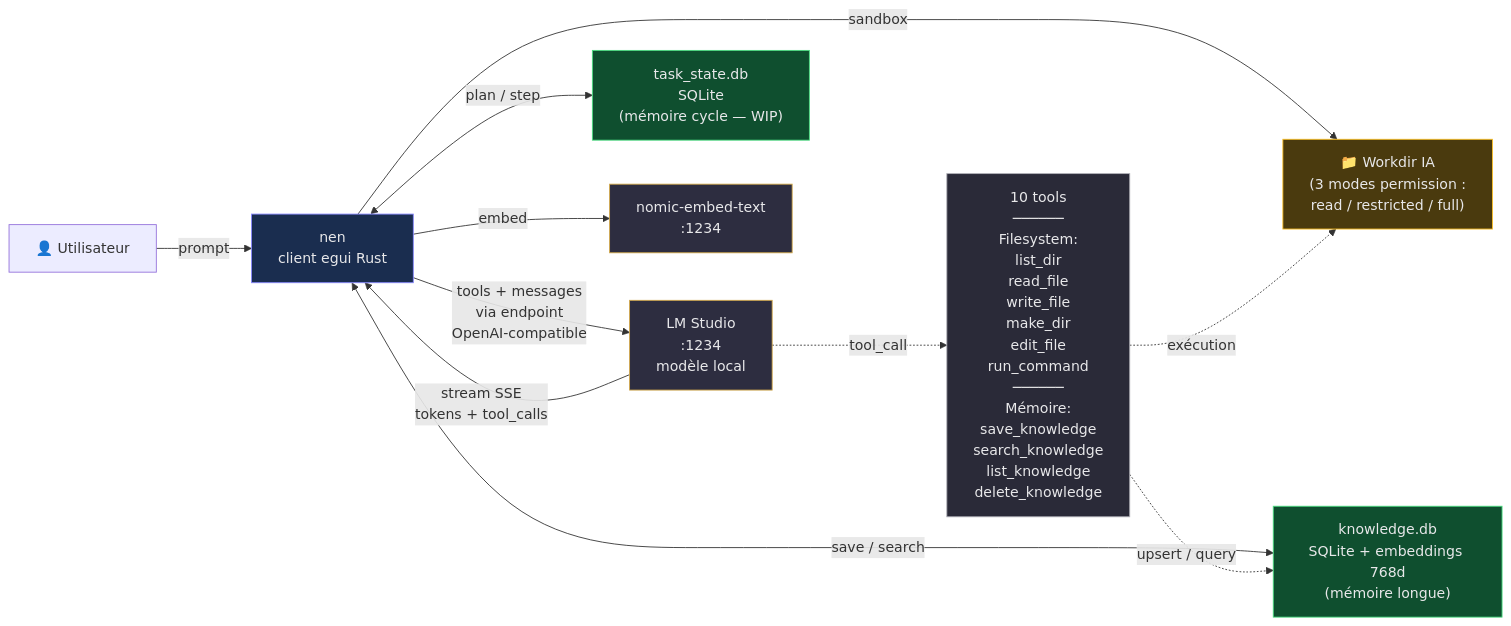
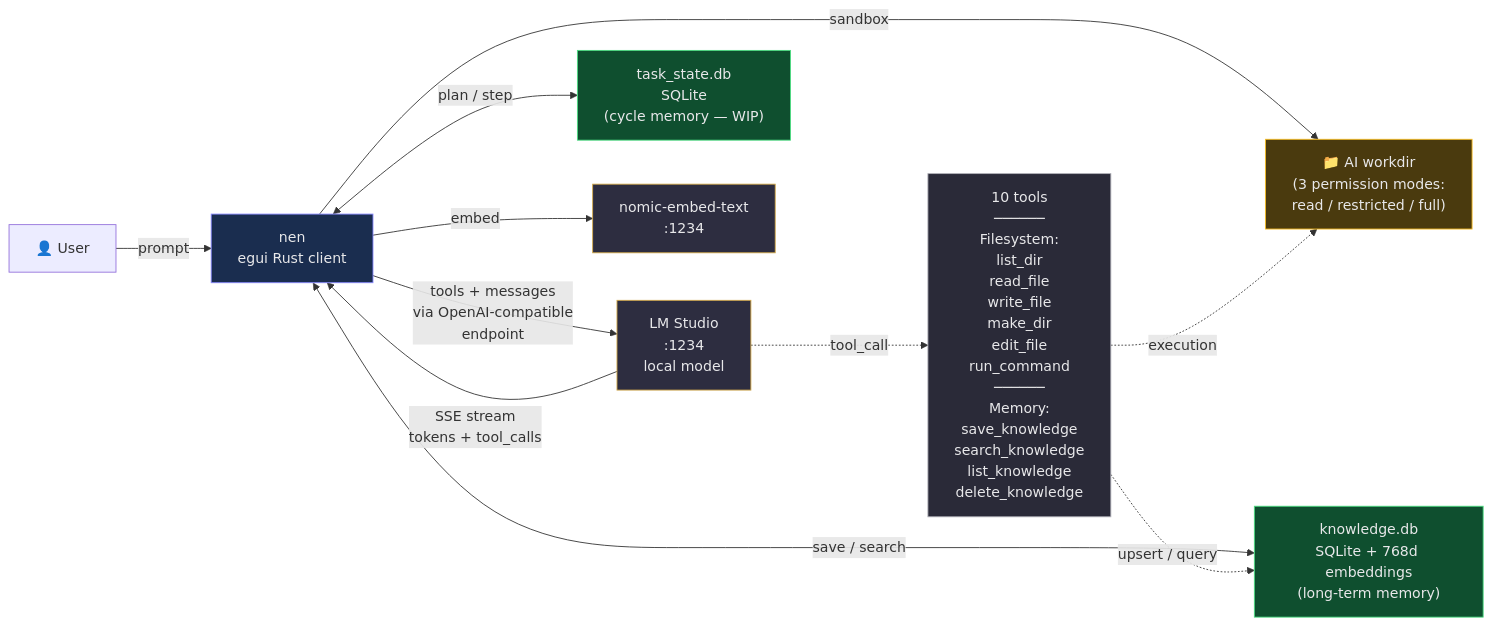
Before and after one commit to Ikaruga/miyabi: the diagram in README.md, drawn with Mermaid. The commit also changed other lines of this file, not shown here.

````diff
--- a/README.md
+++ b/README.md
@@ -21,28 +21,28 @@
 ```mermaid
 graph LR
-    U["👤 Utilisateur"] -->|prompt| APP
-    APP["nen<br/>client egui Rust"] -->|tools + messages<br/>via endpoint<br/>OpenAI-compatible| LMS["LM Studio<br/>:1234<br/>modèle local"]
-    LMS -->|stream SSE<br/>tokens + tool_calls| APP
+    U["👤 User"] -->|prompt| APP
+    APP["nen<br/>egui Rust client"] -->|tools + messages<br/>via OpenAI-compatible<br/>endpoint| LMS["LM Studio<br/>:1234<br/>local model"]
+    LMS -->|SSE stream<br/>tokens + tool_calls| APP
 
-    APP <-->|save / search| KDB["knowledge.db<br/>SQLite + embeddings 768d<br/>(mémoire longue)"]
-    APP <-->|plan / step| TDB["task_state.db<br/>SQLite<br/>(mémoire cycle — WIP)"]
+    APP <-->|save / search| KDB["knowledge.db<br/>SQLite + 768d embeddings<br/>(long-term memory)"]
+    APP <-->|plan / step| TDB["task_state.db<br/>SQLite<br/>(cycle memory — WIP)"]
     APP -->|embed| EMB["nomic-embed-text<br/>:1234"]
 
-    APP -->|sandbox| FS["📁 Workdir IA<br/>(3 modes permission :<br/>read / restricted / full)"]
+    APP -->|sandbox| FS["📁 AI workdir<br/>(3 permission modes:<br/>read / restricted / full)"]
 
-    LMS -.->|tool_call| TOOLS["10 tools<br/>──────<br/>Filesystem:<br/> list_dir<br/> read_file<br/> write_file<br/> make_dir<br/> edit_file<br/> run_command<br/>──────<br/>Mémoire:<br/> save_knowledge<br/> search_knowledge<br/> list_knowledge<br/> delete_knowledge"]
-    TOOLS -.->|exécution| FS
+    LMS -.->|tool_call| TOOLS["10 tools<br/>──────<br/>Filesystem:<br/> list_dir<br/> read_file<br/> write_file<br/> make_dir<br/> edit_file<br/> run_command<br/>──────<br/>Memory:<br/> save_knowledge<br/> search_knowledge<br/> list_knowledge<br/> delete_knowledge"]
+    TOOLS -.->|execution| FS
     TOOLS -.->|upsert / query| KDB
 
     classDef app fill:#1a2d4f,stroke:#8888ff,color:#e8e8ea
     classDef llm fill:#2d2d40,stroke:#d4a949,color:#e8e8ea
     classDef db fill:#0f4f2f,stroke:#4ade80,color:#e8e8ea
     classDef fs fill:#4a3a0e,stroke:#fbbf24,color:#e8e8ea
     classDef tools fill:#2a2a38,stroke:#b0b0b8,color:#e8e8ea
 
     class APP app
     class LMS,EMB llm
     class KDB,TDB db
     class FS fs
     class TOOLS tools
 ```
````
